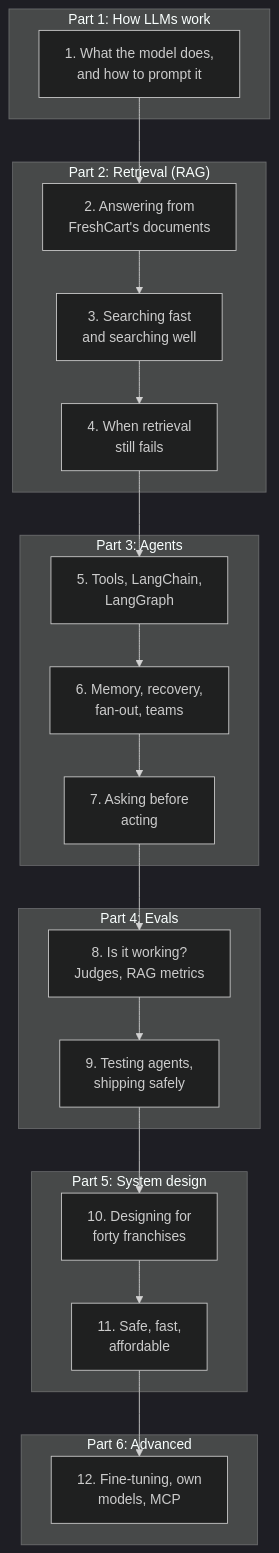
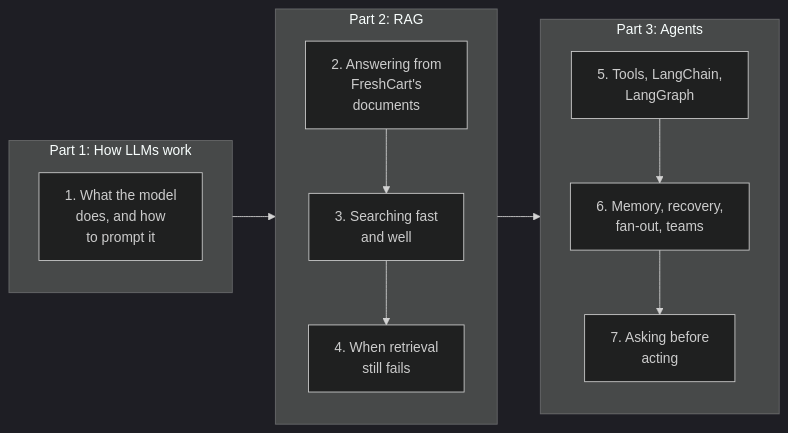
One commit to shubamchaudhary/CodeNITW changed the first of 4 diagrams in src/Data/aiStackDocs/AIE-02.md. Above: the diagram before and after it, drawn with Mermaid (dark theme). The commit also changed other lines of this file and 29 other files, not shown here.

````diff
--- a/src/Data/aiStackDocs/AIE-02.md
+++ b/src/Data/aiStackDocs/AIE-02.md
@@ -15,28 +17,18 @@
 ```mermaid
-flowchart TB
+flowchart LR
     subgraph P1["Part 1: How LLMs work"]
-        C1["1. What the model does,<br/>and how to prompt it"]
+        direction TB
+        C1["1. What the model<br/>does, and how<br/>to prompt it"]
     end
-    subgraph P2["Part 2: Retrieval (RAG)"]
-        C2["2. Answering from<br/>FreshCart's documents"] --> C3["3. Searching fast<br/>and searching well"]
+    subgraph P2["Part 2: RAG"]
+        direction TB
+        C2["2. Answering from<br/>FreshCart's<br/>documents"] --> C3["3. Searching fast<br/>and well"]
         C3 --> C4["4. When retrieval<br/>still fails"]
     end
     subgraph P3["Part 3: Agents"]
+        direction TB
         C5["5. Tools, LangChain,<br/>LangGraph"] --> C6["6. Memory, recovery,<br/>fan-out, teams"]
         C6 --> C7["7. Asking before<br/>acting"]
     end
-    subgraph P4["Part 4: Evals"]
-        C8["8. Is it working?<br/>Judges, RAG metrics"] --> C9["9. Testing agents,<br/>shipping safely"]
-    end
-    subgraph P5["Part 5: System design"]
-        C10["10. Designing for<br/>forty franchises"] --> C11["11. Safe, fast,<br/>affordable"]
-    end
-    subgraph P6["Part 6: Advanced"]
-        C12["12. Fine-tuning, own<br/>models, MCP"]
-    end
-    C1 --> C2
-    C4 --> C5
-    C7 --> C8
-    C9 --> C10
-    C11 --> C12
+    P1 --> P2 --> P3
 ```
````
